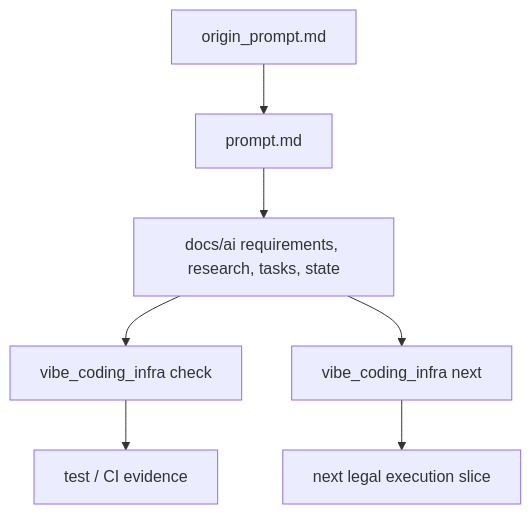
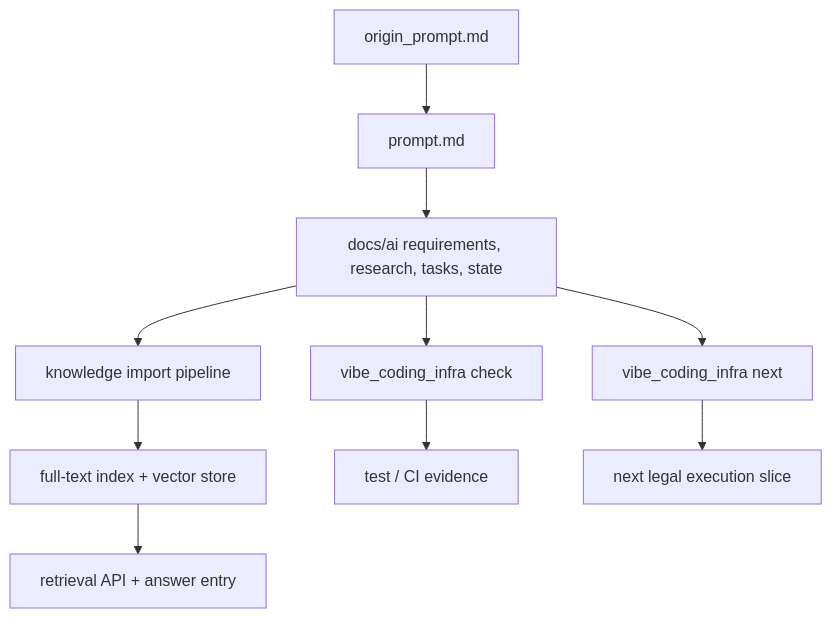
One commit to rin721/vibe-coding-prompt changed the diagram in docs/ARCHITECTURE.md. Above: the diagram before and after it, drawn with Mermaid. The commit also changed other lines of this file and 28 other files, not shown here.

````diff
--- a/docs/ARCHITECTURE.md
+++ b/docs/ARCHITECTURE.md
@@ -14,9 +15,12 @@
 ```mermaid
 flowchart TD
   A["origin_prompt.md"] --> B["prompt.md"]
   B --> C["docs/ai requirements, research, tasks, state"]
+  C --> H["knowledge import pipeline"]
+  H --> I["full-text index + vector store"]
+  I --> J["retrieval API + answer entry"]
   C --> D["vibe_coding_infra check"]
   C --> E["vibe_coding_infra next"]
   D --> F["test / CI evidence"]
   E --> G["next legal execution slice"]
 ```
````
